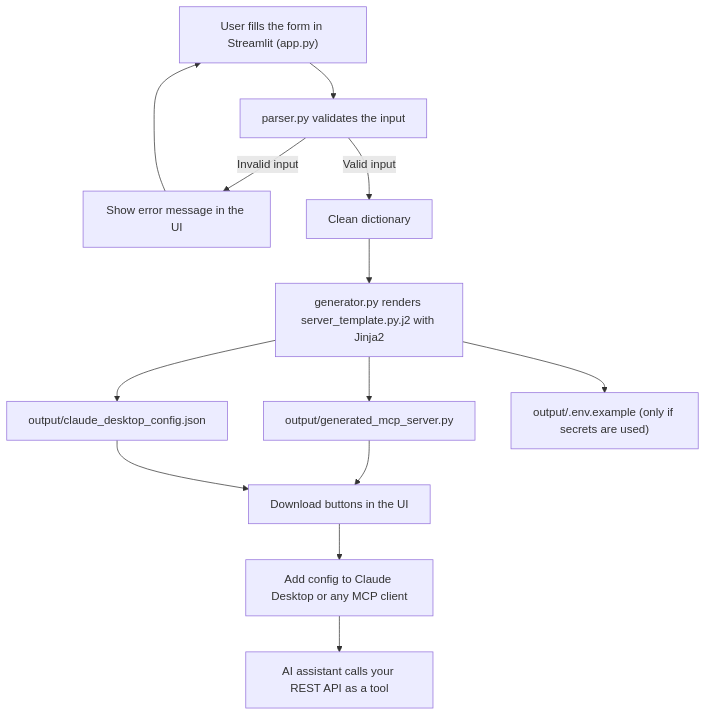
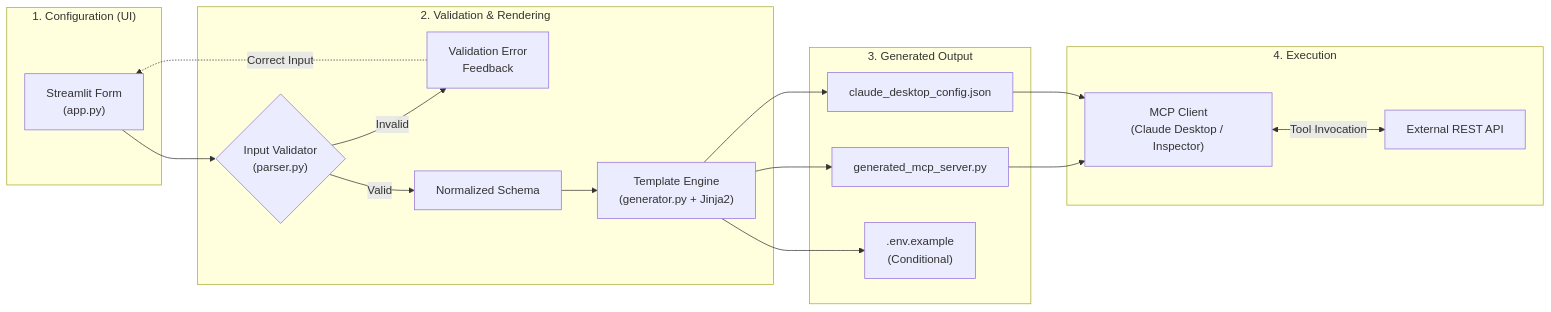
Before and after one commit to rriyansh/api-to-mcp-generator: the diagram in README.md, drawn with Mermaid. The commit also changed other lines of this file, not shown here.

````diff
--- a/README.md
+++ b/README.md
@@ -54,15 +60,35 @@
 ```mermaid
-flowchart TD
-    A["User fills the form in Streamlit (app.py)"] --> B["parser.py validates the input"]
-    B -->|"Invalid input"| C["Show error message in the UI"]
-    C --> A
-    B -->|"Valid input"| D["Clean dictionary"]
-    D --> E["generator.py renders server_template.py.j2 with Jinja2"]
-    E --> F["output/generated_mcp_server.py"]
-    E --> G["output/claude_desktop_config.json"]
-    E --> H["output/.env.example (only if secrets are used)"]
-    F --> I["Download buttons in the UI"]
-    G --> I
-    I --> J["Add config to Claude Desktop or any MCP client"]
-    J --> K["AI assistant calls your REST API as a tool"]
+flowchart LR
+    subgraph Input ["1. Configuration (UI)"]
+        A["Streamlit Form\n(app.py)"]
+    end
+
+    subgraph Core ["2. Validation & Rendering"]
+        B{"Input Validator\n(parser.py)"}
+        C["Validation Error\nFeedback"]
+        D["Normalized Schema"]
+        E["Template Engine\n(generator.py + Jinja2)"]
+    end
+
+    subgraph Artifacts ["3. Generated Output"]
+        F["generated_mcp_server.py"]
+        G["claude_desktop_config.json"]
+        H[".env.example\n(Conditional)"]
+    end
+
+    subgraph Runtime ["4. Execution"]
+        I["MCP Client\n(Claude Desktop / Inspector)"]
+        J["External REST API"]
+    end
+
+    A --> B
+    B -- "Invalid" --> C
+    C -. "Correct Input" .-> A
+    B -- "Valid" --> D
+    D --> E
+    E --> F
+    E --> G
+    E --> H
+    F & G --> I
+    I <-->|"Tool Invocation"| J
 ```
````
